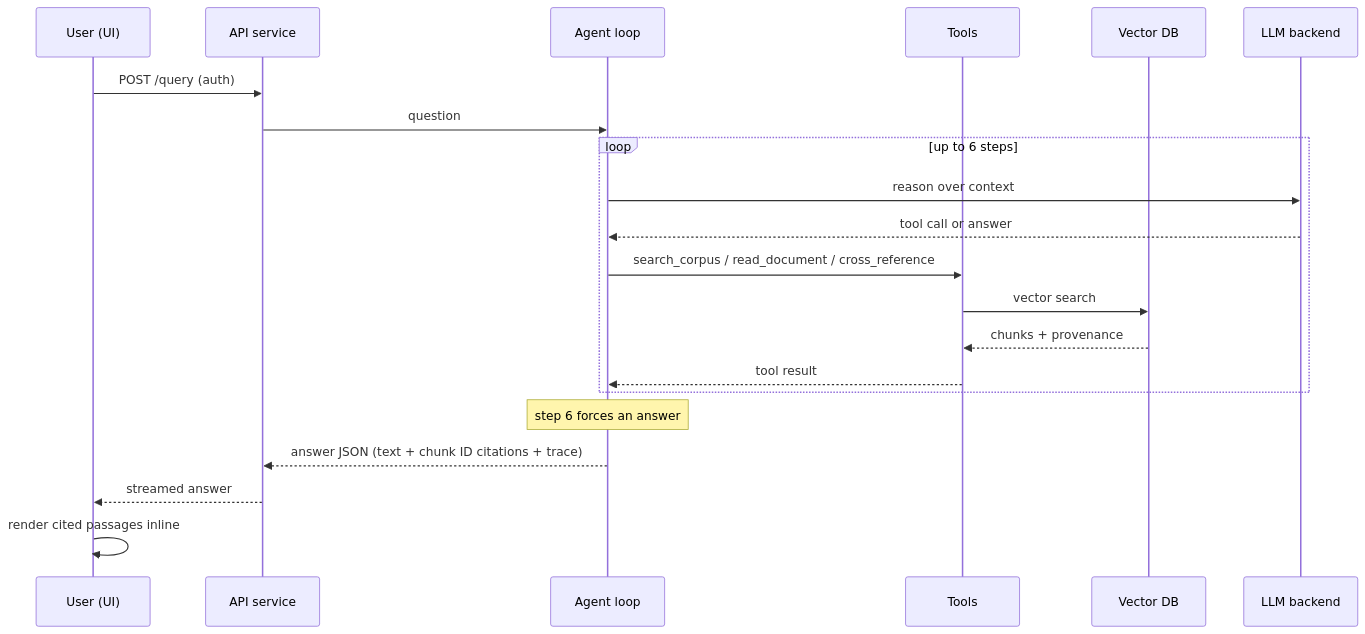
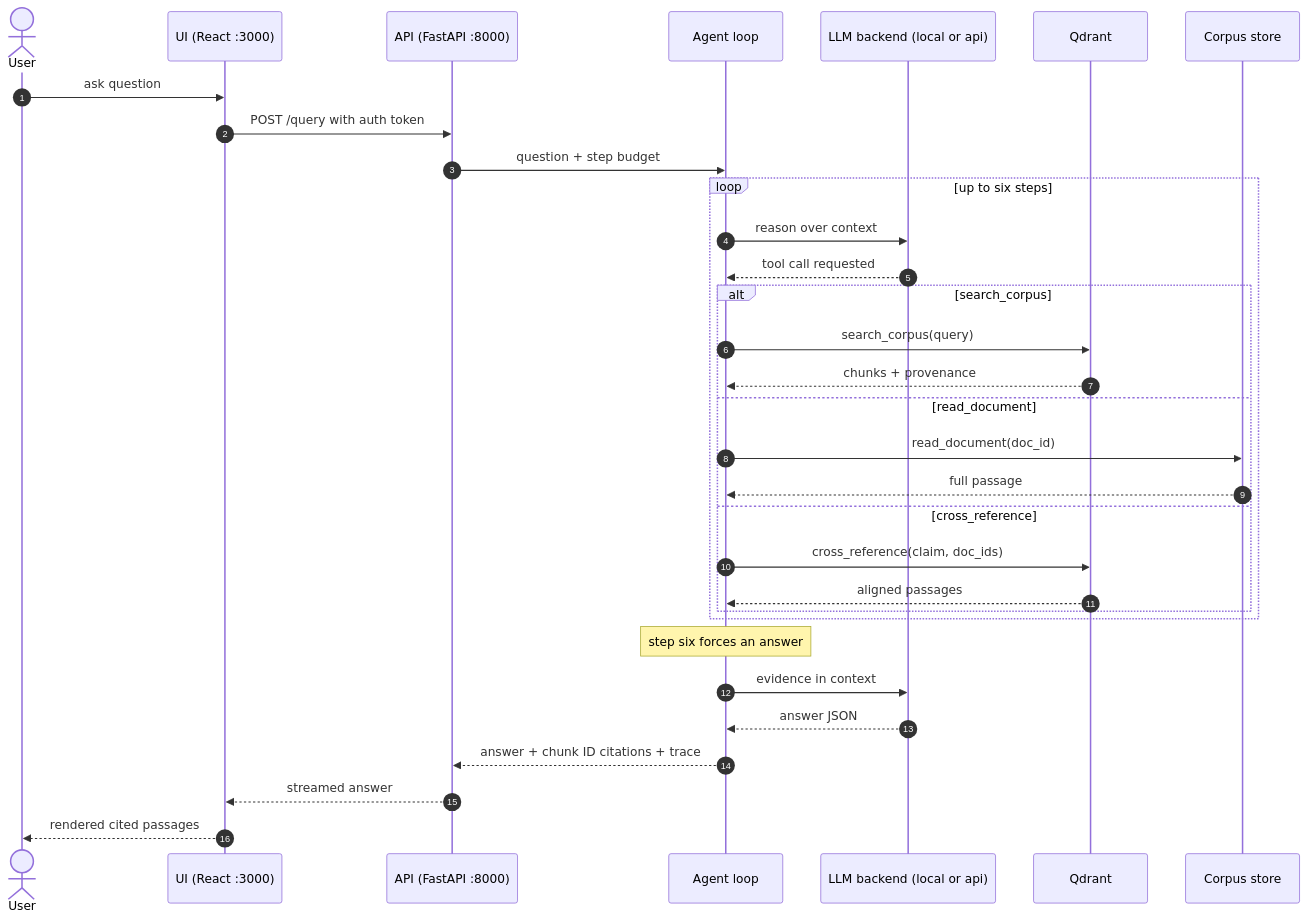
Before and after one commit to AmosBunde/corpus-gate: the second of 2 diagrams in README.md, drawn with Mermaid. The commit also changed other lines of this file, not shown here.

First line of the commit message:
docs(readme): redo both Mermaid diagrams to match the delivered set

````diff
--- a/README.md
+++ b/README.md
@@ -67,24 +77,35 @@
 ```mermaid
 sequenceDiagram
-    participant U as User (UI)
-    participant A as API service
+    autonumber
+    actor U as User
+    participant W as UI (React :3000)
+    participant A as API (FastAPI :8000)
     participant L as Agent loop
-    participant T as Tools
-    participant V as Vector DB
-    participant M as LLM backend
+    participant M as LLM backend (local or api)
+    participant V as Qdrant
+    participant S as Corpus store
 
-    U->>A: POST /query (auth)
-    A->>L: question
-    loop up to 6 steps
+    U->>W: ask question
+    W->>A: POST /query with auth token
+    A->>L: question + step budget
+    loop up to six steps
         L->>M: reason over context
-        M-->>L: tool call or answer
-        L->>T: search_corpus / read_document / cross_reference
-        T->>V: vector search
-        V-->>T: chunks + provenance
-        T-->>L: tool result
+        M-->>L: tool call requested
+        alt search_corpus
+            L->>V: search_corpus(query)
+            V-->>L: chunks + provenance
+        else read_document
+            L->>S: read_document(doc_id)
+            S-->>L: full passage
+        else cross_reference
+            L->>V: cross_reference(claim, doc_ids)
+            V-->>L: aligned passages
+        end
     end
-    Note over L: step 6 forces an answer
-    L-->>A: answer JSON (text + chunk ID citations + trace)
-    A-->>U: streamed answer
-    U->>U: render cited passages inline
+    Note over L: step six forces an answer
+    L->>M: evidence in context
+    M-->>L: answer JSON
+    L-->>A: answer + chunk ID citations + trace
+    A-->>W: streamed answer
+    W-->>U: rendered cited passages
 ```
````
